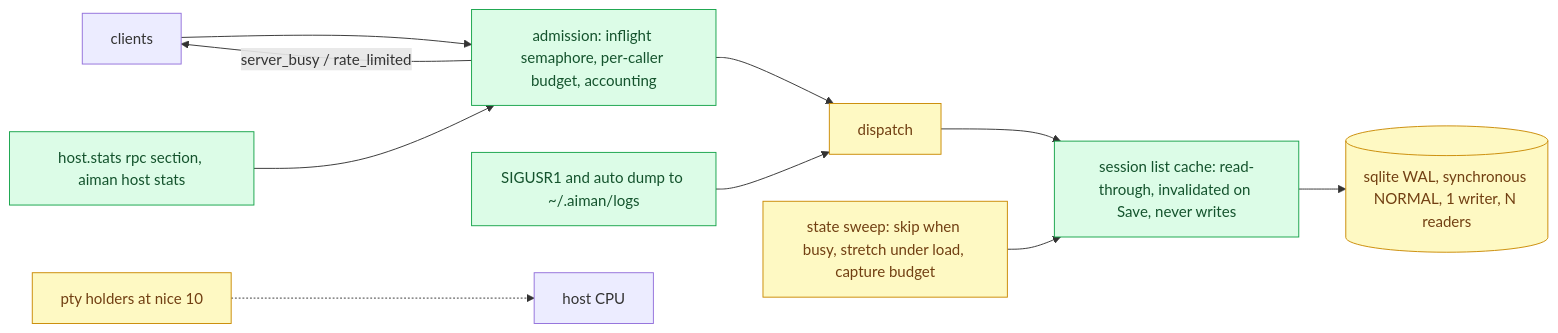
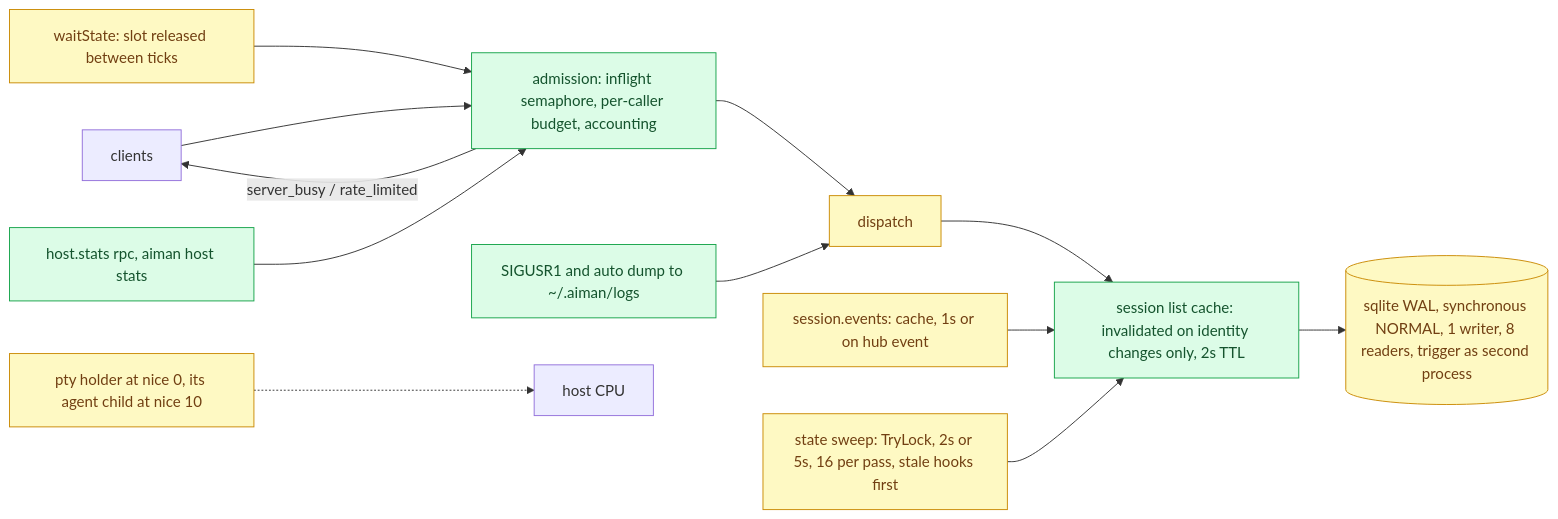
The second of 2 diagrams in docs/specs/serve-load-guard.md (bouwerp/aiman), drawn with Mermaid before and after one commit. The commit also changed other lines of this file, not shown here.

First line of the commit message:
docs(specs): serve load guard rev 2 after consult round 1

````diff
--- a/docs/specs/serve-load-guard.md
+++ b/docs/specs/serve-load-guard.md
@@ -61,14 +64,16 @@
 ```mermaid
 flowchart LR
   classDef new fill:#dcfce7,stroke:#16a34a,color:#14532d
   classDef changed fill:#fef9c3,stroke:#ca8a04,color:#713f12
   clients[clients] --> gate[admission: inflight semaphore, per-caller budget, accounting]:::new
   gate -->|server_busy / rate_limited| clients
   gate --> disp[dispatch]:::changed
-  disp --> cache[session list cache: read-through, invalidated on Save, never writes]:::new
-  cache --> db[(sqlite WAL, synchronous NORMAL, 1 writer, N readers)]:::changed
-  sweep[state sweep: skip when busy, stretch under load, capture budget]:::changed --> cache
-  stats[host.stats rpc section, aiman host stats]:::new --> gate
+  disp --> cache[session list cache: invalidated on identity changes only, 2s TTL]:::new
+  events[session.events: cache, 1s or on hub event]:::changed --> cache
+  cache --> db[(sqlite WAL, synchronous NORMAL, 1 writer, 8 readers, trigger as second process)]:::changed
+  sweep[state sweep: TryLock, 2s or 5s, 16 per pass, stale hooks first]:::changed --> cache
+  wait[waitState: slot released between ticks]:::changed --> gate
+  stats[host.stats rpc, aiman host stats]:::new --> gate
   dump[SIGUSR1 and auto dump to ~/.aiman/logs]:::new --> disp
-  holders[pty holders at nice 10]:::changed -.-> cpu[host CPU]
+  holders[pty holder at nice 0, its agent child at nice 10]:::changed -.-> cpu[host CPU]
 ```
````
